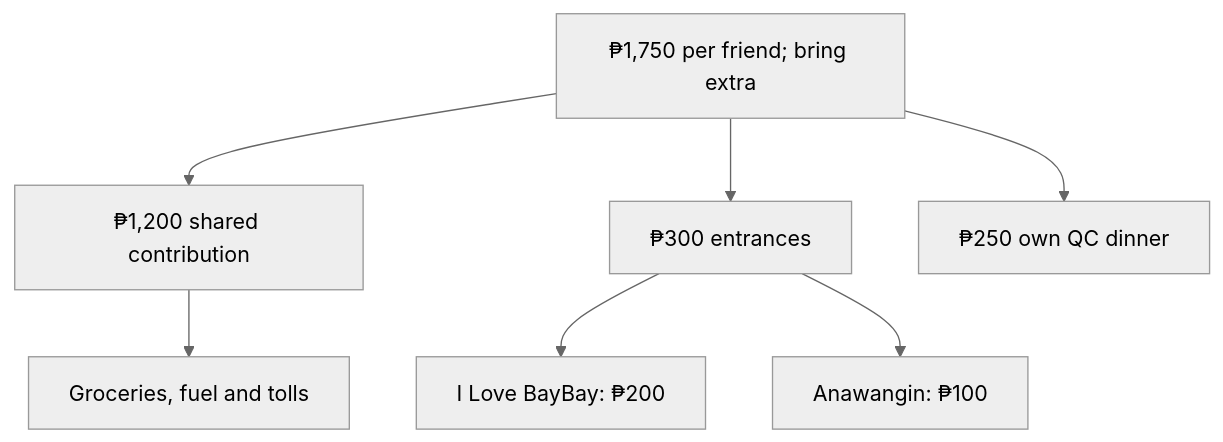
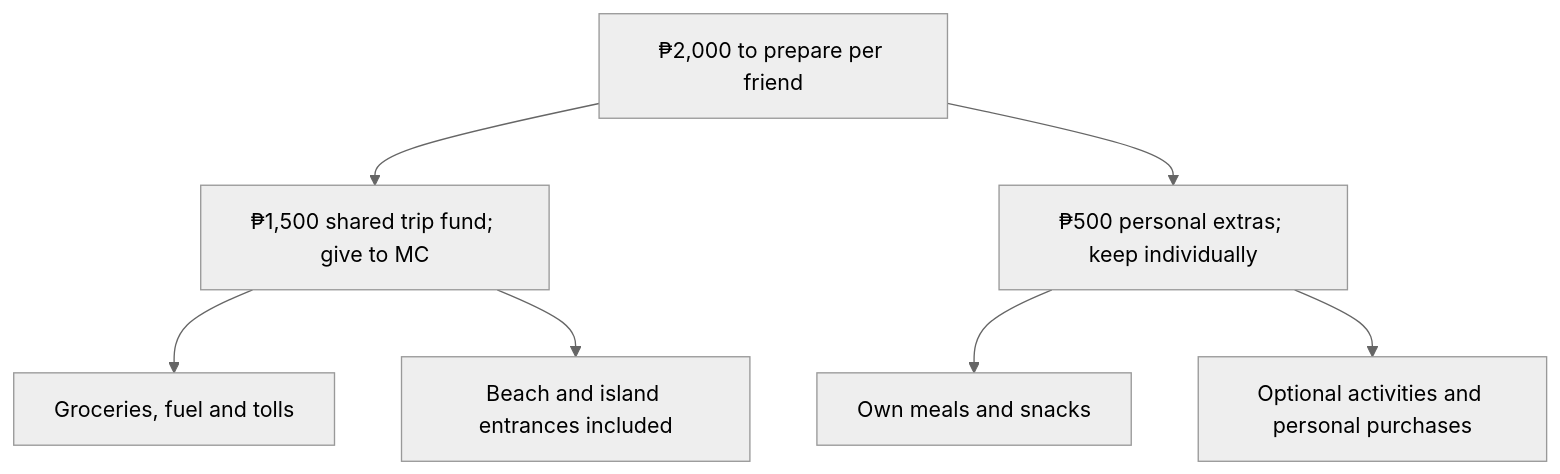
The diagram in assets/budget.mmd (itsmcliam/Birthday-Plan), drawn with Mermaid (neutral theme) before and after one commit. The commit also changed 9 other files, not shown here.

Commit message:
Simplify friend budget and refresh routes across trip guides and visuals

```diff
--- a/assets/budget.mmd
+++ b/assets/budget.mmd
@@ -1,7 +1,7 @@
 flowchart TD
-    A["₱1,750 per friend; bring extra"] --> B["₱1,200 shared contribution"]
-    A --> C["₱300 entrances"]
-    A --> D["₱250 own QC dinner"]
-    B --> E["Groceries, fuel and tolls"]
-    C --> F["I Love BayBay: ₱200"]
-    C --> G["Anawangin: ₱100"]
+    A["₱2,000 to prepare per friend"] --> B["₱1,500 shared trip fund; give to MC"]
+    A --> C["₱500 personal extras; keep individually"]
+    B --> D["Groceries, fuel and tolls"]
+    B --> E["Beach and island entrances included"]
+    C --> F["Own meals and snacks"]
+    C --> G["Optional activities and personal purchases"]
```
